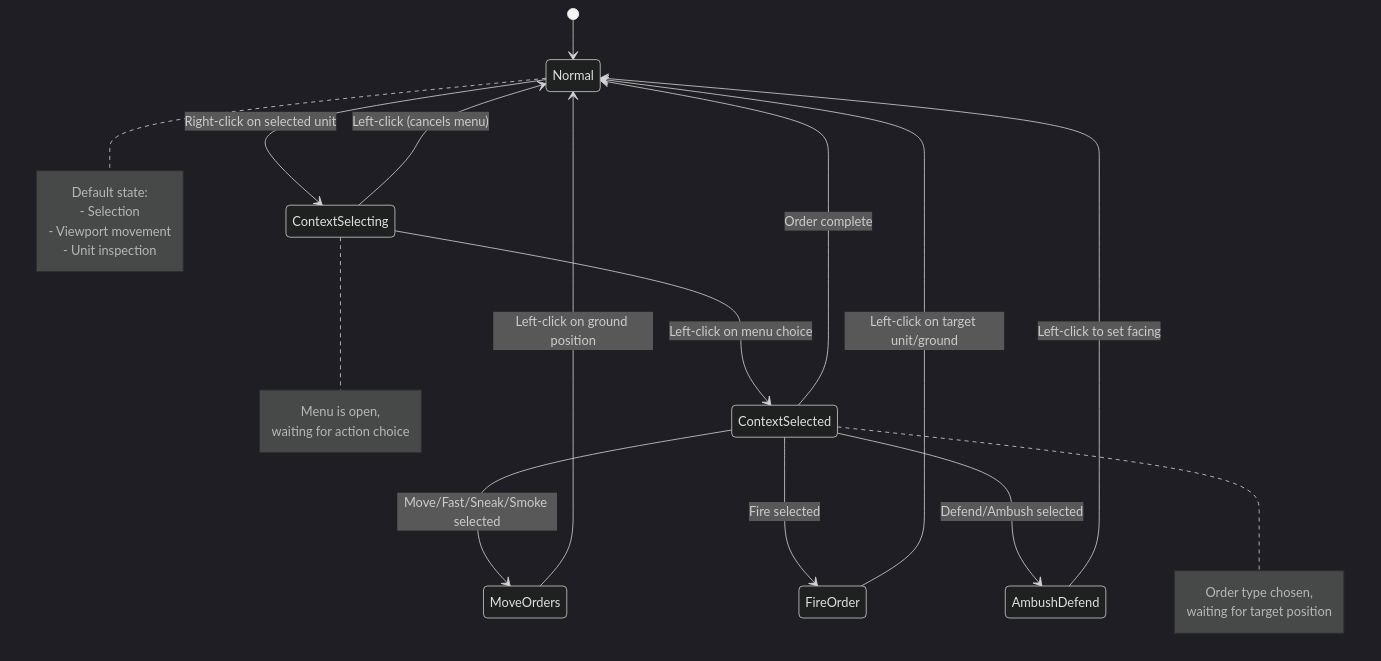
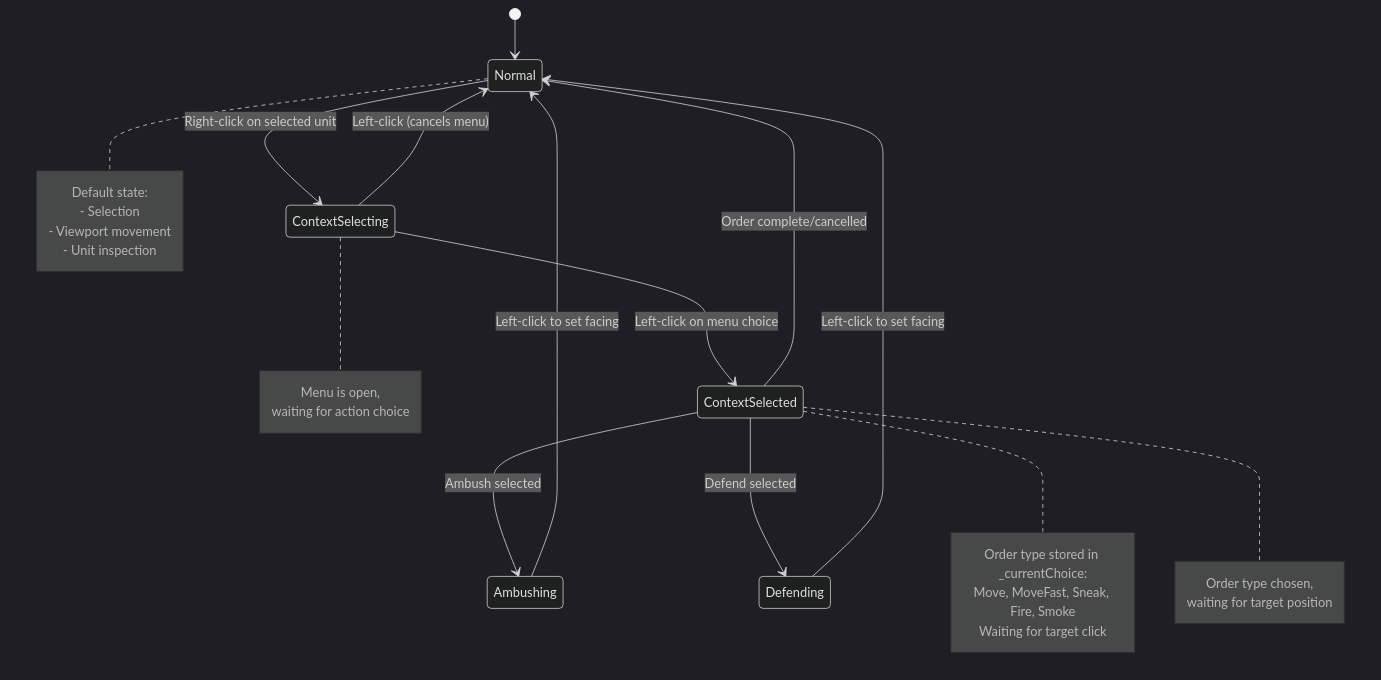
Diagram 12 of 13 in docs/chapters/09-ui-combat.md (jukofyork/OpenCombat-SDL), drawn with Mermaid (dark theme) before and after one commit. The commit also changed other lines of this file and 11 other files, not shown here.

````diff
--- a/docs/chapters/09-ui-combat.md
+++ b/docs/chapters/09-ui-combat.md
@@ -395,37 +395,40 @@
 ```mermaid
 stateDiagram-v2
     [*] --> Normal
     
     Normal --> ContextSelecting: Right-click on selected unit
     ContextSelecting --> Normal: Left-click (cancels menu)
     
     ContextSelecting --> ContextSelected: Left-click on menu choice
     
-    ContextSelected --> Normal: Order complete
+    ContextSelected --> Normal: Order complete/cancelled
     
-    ContextSelected --> MoveOrders: Move/Fast/Sneak/Smoke selected
-    MoveOrders --> Normal: Left-click on ground position
+    ContextSelected --> Ambushing: Ambush selected
+    Ambushing --> Normal: Left-click to set facing
     
-    ContextSelected --> FireOrder: Fire selected
-    FireOrder --> Normal: Left-click on target unit/ground
+    ContextSelected --> Defending: Defend selected
+    Defending --> Normal: Left-click to set facing
     
-    ContextSelected --> AmbushDefend: Defend/Ambush selected
-    AmbushDefend --> Normal: Left-click to set facing
+    note right of ContextSelected
+        Order type stored in _currentChoice:
+        Move, MoveFast, Sneak, Fire, Smoke
+        Waiting for target click
+    end note
     
     note right of Normal
         Default state:
         - Selection
         - Viewport movement
         - Unit inspection
     end note
     
     note right of ContextSelecting
         Menu is open,
         waiting for action choice
     end note
     
     note right of ContextSelected
         Order type chosen,
         waiting for target position
     end note
 ```
````
